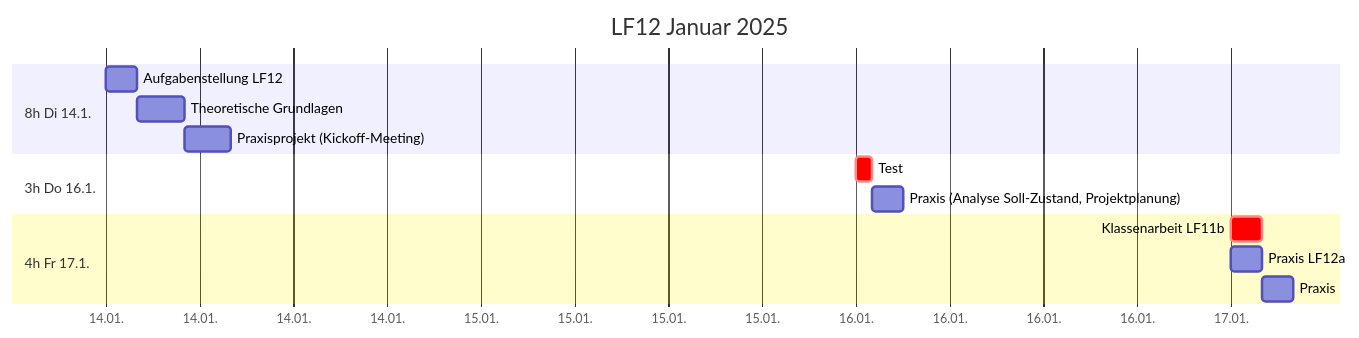
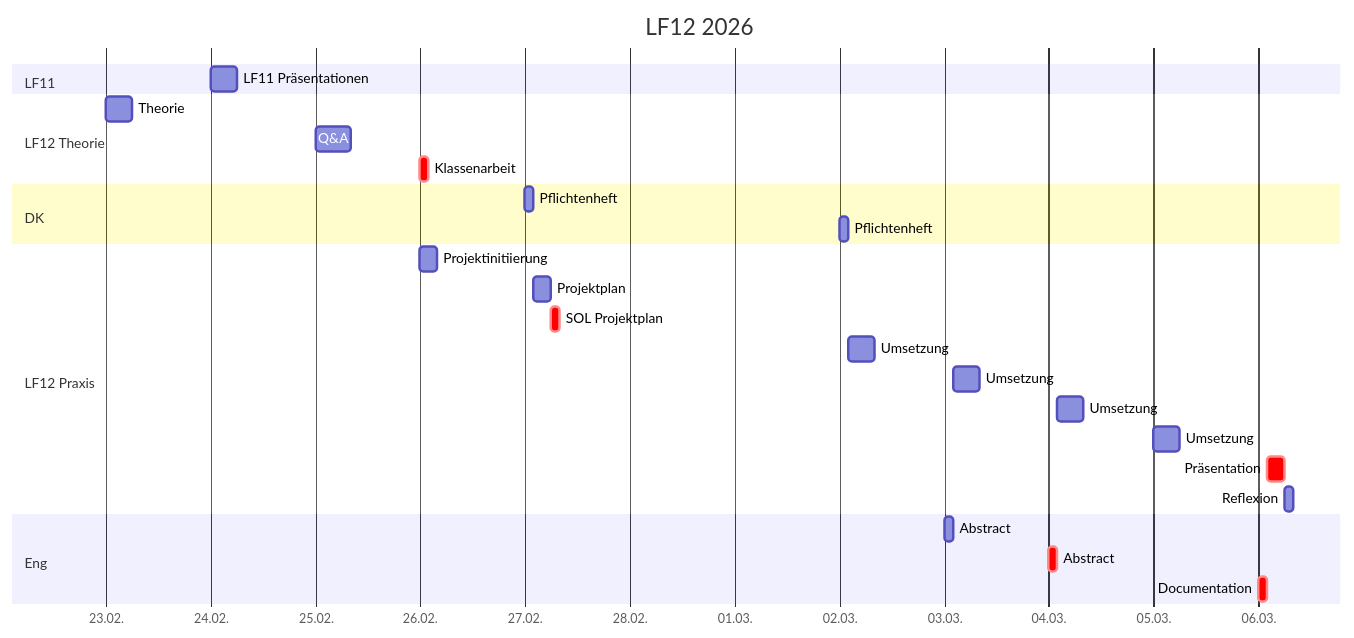
One commit to johannesloetzsch/LF12 changed the diagram in src/orga.md. Above: the diagram before and after it, drawn with Mermaid. The commit also changed other lines of this file and 5 other files, not shown here.

````diff
--- a/src/orga.md
+++ b/src/orga.md
@@ -30,17 +30,29 @@
 ```mermaid
 gantt
- title LF12 Januar 2025
+ title LF12 2026
  dateFormat YYYY-MM-DD
  axisFormat %d.%m.
- section 8h Di 14.1.
-  Aufgabenstellung LF12             :t1, 2025-01-14, 2h
-  Theoretische Grundlagen           :t2, after t1, 3h
-  Praxisprojekt (Kickoff-Meeting)   :after t2, 3h
- section 3h Do 16.1.
-  Test                              :crit, t3, 2025-01-16, 1h
-  Praxis (Analyse Soll-Zustand, Projektplanung)  :after t3, 2h
- section 4h Fr 17.1.
-  Klassenarbeit LF11b               :crit, 2025-01-17, 2h
-  Praxis LF12a                      :t4, 2025-01-17, 2h
-  Praxis                            :after t4, 2h
+ section LF11
+  LF11 Präsentationen               :2026-02-24, 6h
+ section LF12 Theorie
+  Theorie                           :2026-02-23, 6h
+  Q&A                               :2026-02-25, 8h
+  Klassenarbeit                     :crit, t1, 2026-02-26, 2h
+ section DK
+  Pflichtenheft                     :t2, 2026-02-27, 2h
+  Pflichtenheft                     :t3, 2026-03-02, 2h
+ section LF12 Praxis
+  Projektinitiierung                :after t1, 2026-02-26, 4h
+  Projektplan                       :t4, after t2, 4h
+  SOL Projektplan                   :crit, after t4, 2h
+  Umsetzung                         :after t3, 6h
+  Umsetzung                         :after t6, 6h
+  Umsetzung                         :after t7, 6h
+  Umsetzung                         :2026-03-05, 6h
+  Präsentation                      :crit, t5, after t8, 4h
+  Reflexion                         :after t5, 2h
+ section Eng
+  Abstract                          :t6, 2026-03-03, 2h
+  Abstract                          :crit, t7, 2026-03-04, 2h
+  Documentation                     :crit, t8, 2026-03-06, 2h
 ```
````
